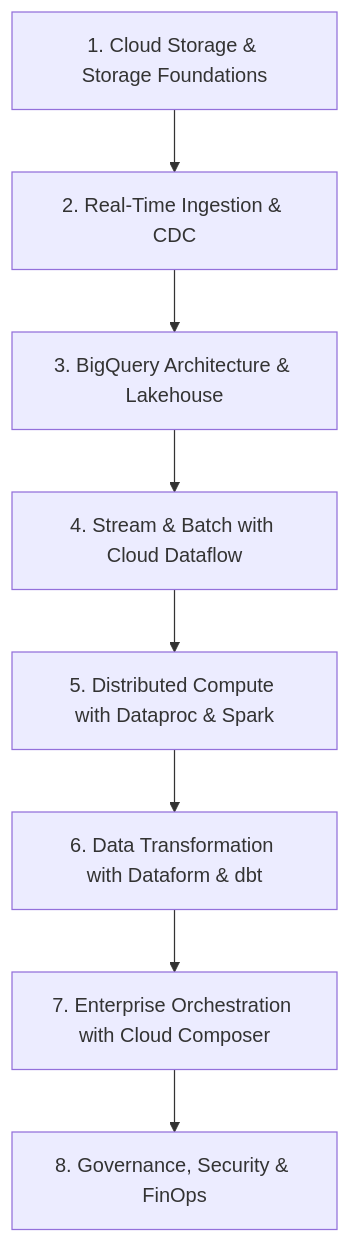
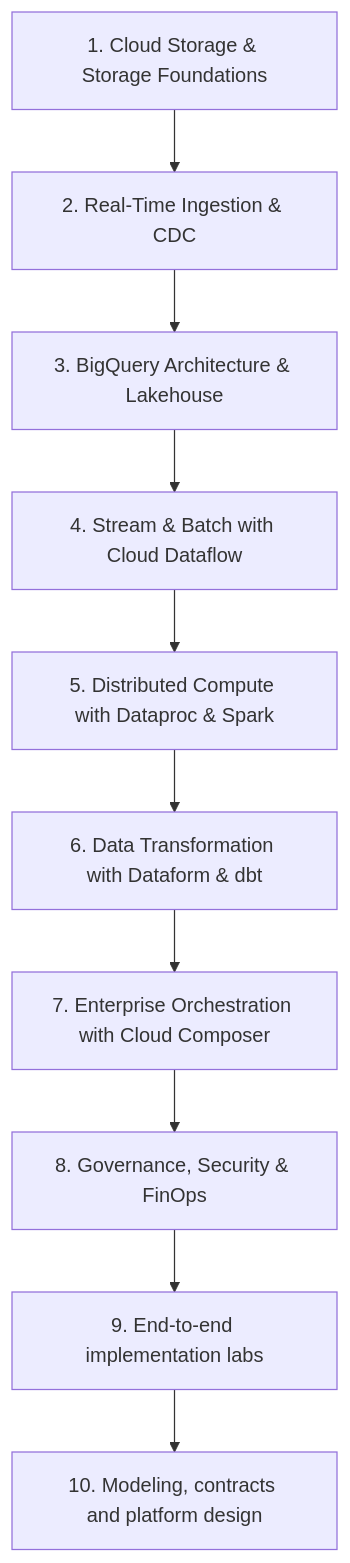
The diagram in docs/index.md (Rohit1024/data-engineer), drawn with Mermaid before and after one commit. The commit also changed other lines of this file and 60 other files, not shown here.

````diff
--- a/docs/index.md
+++ b/docs/index.md
@@ -26,10 +27,12 @@
 ``` mermaid
 flowchart TD
     M1["1. Cloud Storage & Storage Foundations"] --> M2["2. Real-Time Ingestion & CDC"]
     M2 --> M3["3. BigQuery Architecture & Lakehouse"]
     M3 --> M4["4. Stream & Batch with Cloud Dataflow"]
     M4 --> M5["5. Distributed Compute with Dataproc & Spark"]
     M5 --> M6["6. Data Transformation with Dataform & dbt"]
     M6 --> M7["7. Enterprise Orchestration with Cloud Composer"]
     M7 --> M8["8. Governance, Security & FinOps"]
+    M8 --> M9["9. End-to-end implementation labs"]
+    M9 --> M10["10. Modeling, contracts and platform design"]
 ```
````
